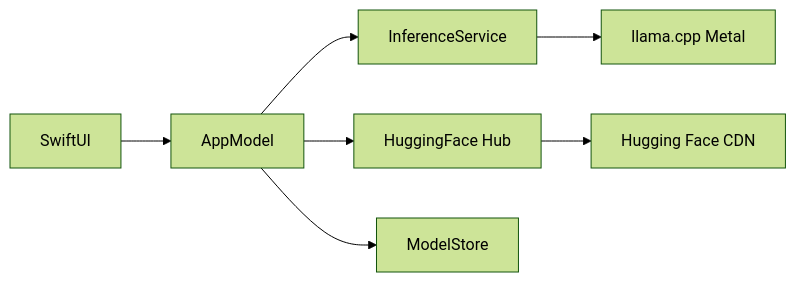
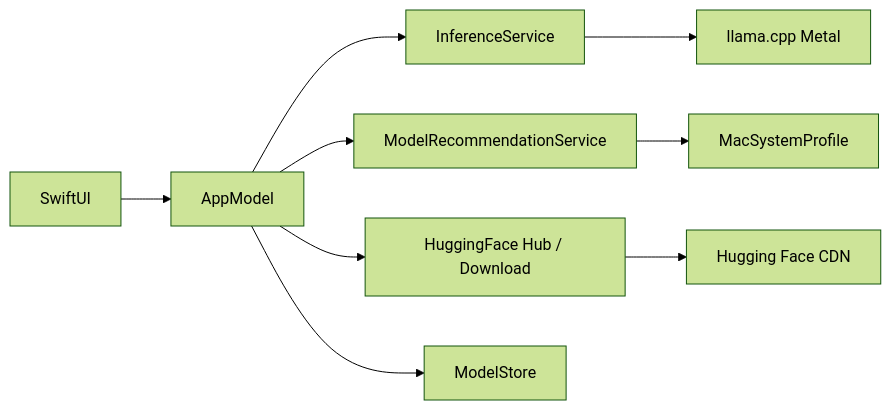
The diagram in README.md (kuarezma/MacLLM), drawn with Mermaid (forest theme) before and after one commit. The commit also changed other lines of this file and 2 other files, not shown here.

````diff
--- a/README.md
+++ b/README.md
@@ -166,9 +213,11 @@
 ```mermaid
 flowchart LR
     UI[SwiftUI] --> AppModel
     AppModel --> Inference[InferenceService]
-    AppModel --> HF[HuggingFace Hub]
+    AppModel --> Rec[ModelRecommendationService]
+    AppModel --> HF[HuggingFace Hub / Download]
+    Rec --> Profile[MacSystemProfile]
     Inference --> Llama[llama.cpp Metal]
     HF --> CDN[Hugging Face CDN]
     AppModel --> Store[ModelStore]
 ```
````
